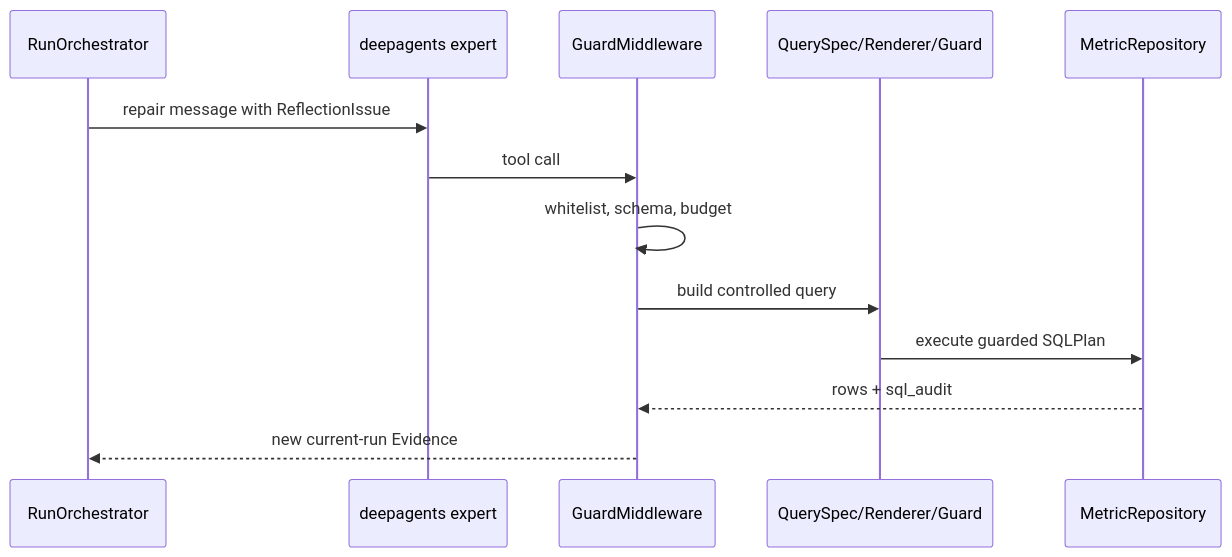
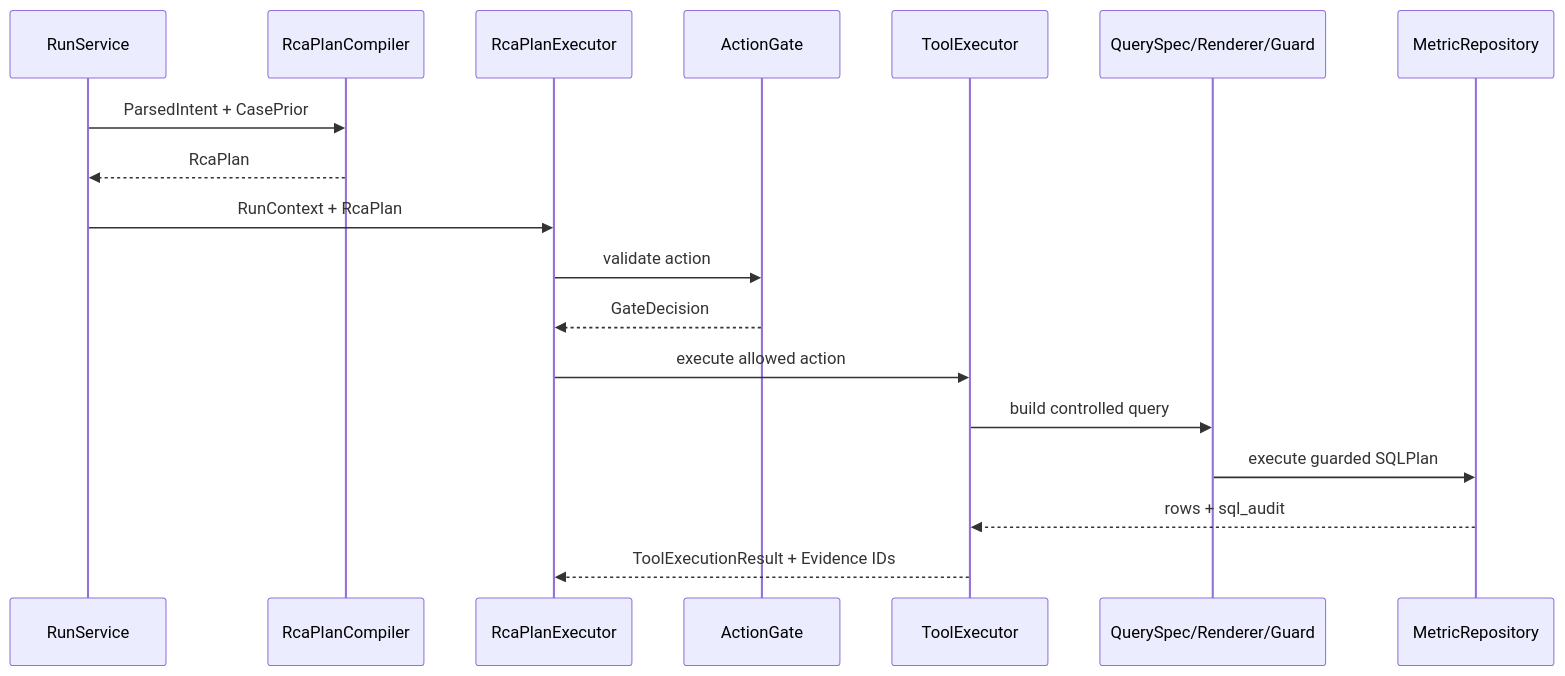
One commit to WOTMCCR/MetricRCA changed the third of 8 diagrams in docs/architecture.md. Above: the diagram before and after it, drawn with Mermaid. The commit also changed other lines of this file and 62 other files, not shown here.

````diff
--- a/docs/architecture.md
+++ b/docs/architecture.md
@@ -47,15 +48,20 @@
 ```mermaid
 sequenceDiagram
-  participant O as RunOrchestrator
-  participant A as deepagents expert
-  participant M as GuardMiddleware
+  participant R as RunService
+  participant C as RcaPlanCompiler
+  participant E as RcaPlanExecutor
+  participant G as ActionGate
+  participant T as ToolExecutor
   participant Q as QuerySpec/Renderer/Guard
   participant DB as MetricRepository
-  O->>A: repair message with ReflectionIssue
-  A->>M: tool call
-  M->>M: whitelist, schema, budget
-  M->>Q: build controlled query
+  R->>C: ParsedIntent + CasePrior
+  C-->>R: RcaPlan
+  R->>E: RunContext + RcaPlan
+  E->>G: validate action
+  G-->>E: GateDecision
+  E->>T: execute allowed action
+  T->>Q: build controlled query
   Q->>DB: execute guarded SQLPlan
-  DB-->>M: rows + sql_audit
-  M-->>O: new current-run Evidence
+  DB-->>T: rows + sql_audit
+  T-->>E: ToolExecutionResult + Evidence IDs
 ```
````
